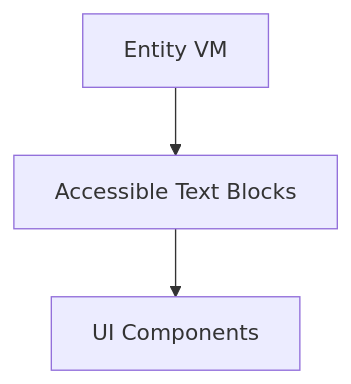
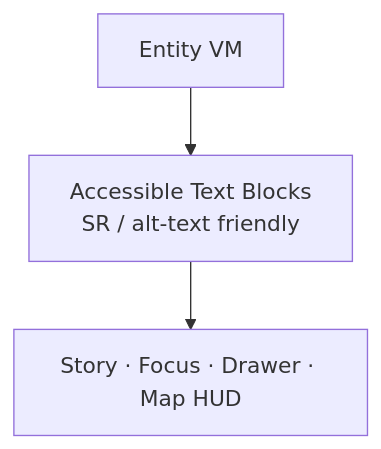
The sixth of 6 diagrams in web/src/entities/README.md (bartytime4life/Kansas-Frontier-Matrix), drawn with Mermaid before and after one commit. The commit also changed other lines of this file, not shown here.

````diff
--- a/web/src/entities/README.md
+++ b/web/src/entities/README.md
@@ -277,5 +427,5 @@
-```mermaid
+~~~mermaid
 flowchart TD
-    VM[Entity VM] --> ALT[Accessible Text Blocks]
-    ALT --> UI[UI Components]
-```
+    VM[Entity VM] --> ALT[Accessible Text Blocks<br/>SR / alt-text friendly]
+    ALT --> UI[Story · Focus · Drawer · Map HUD]
+~~~
````
